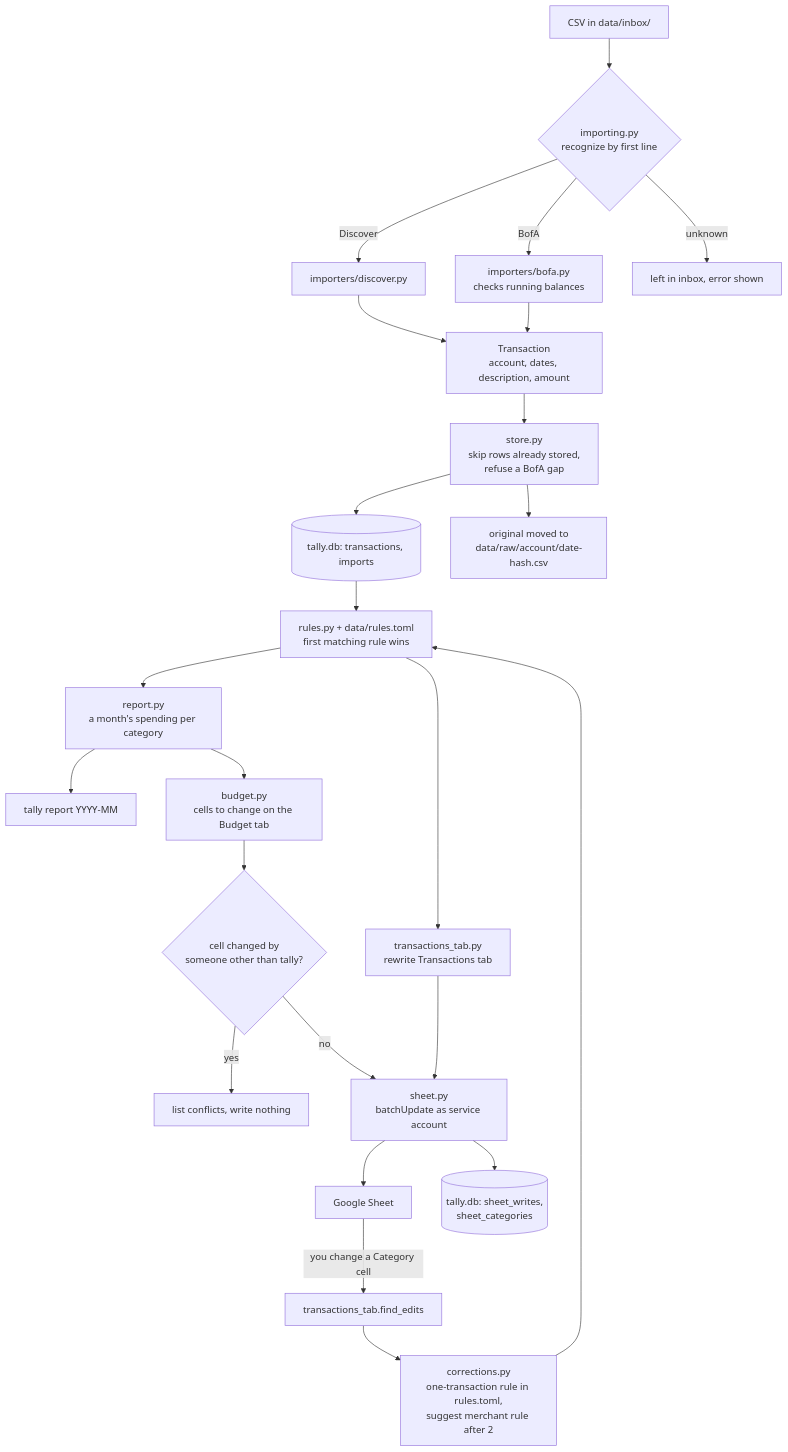
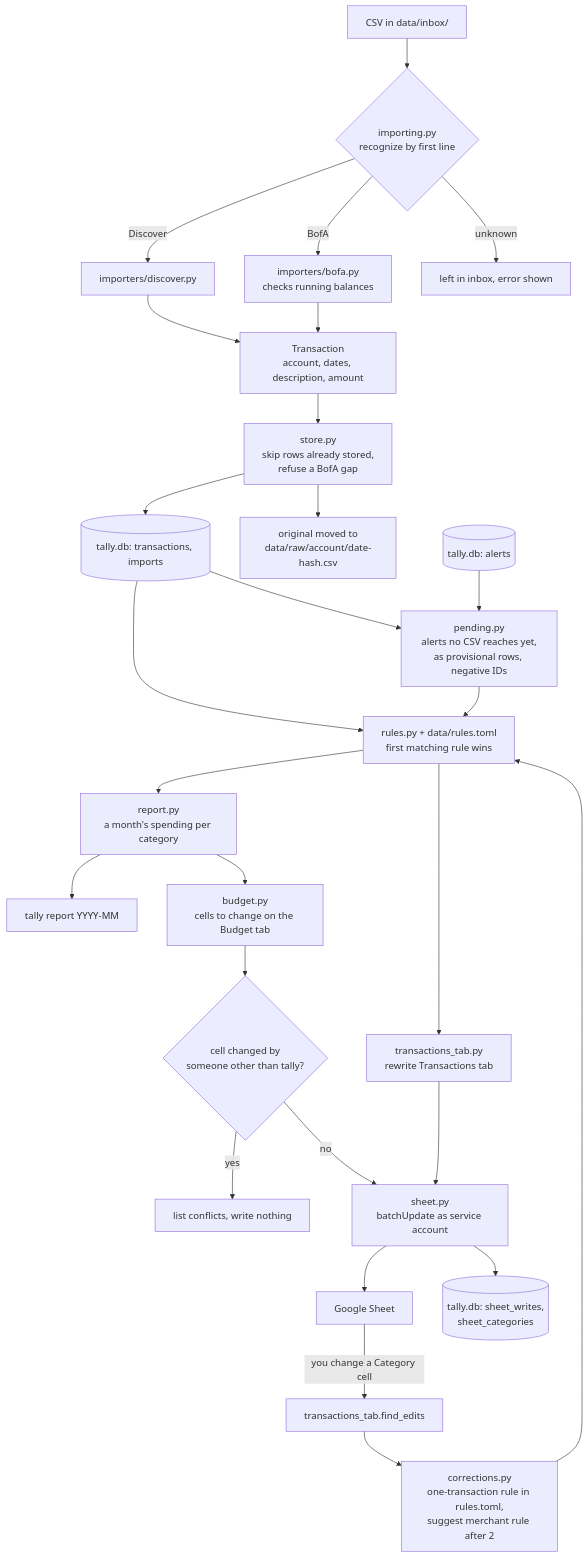
The third of 6 diagrams in docs/architecture.md (vmenon04/tally), drawn with Mermaid before and after one commit. The commit also changed other lines of this file and 9 other files, not shown here.

Commit message:
Count card alerts not yet in a bank export as pending in the report and on the Sheet

````diff
--- a/docs/architecture.md
+++ b/docs/architecture.md
@@ -117,29 +117,32 @@
 ```mermaid
 flowchart TD
     csv["CSV in data/inbox/"] --> recognize{"importing.py<br/>recognize by first line"}
     recognize -- "Discover" --> dparse["importers/discover.py"]
     recognize -- "BofA" --> bparse["importers/bofa.py<br/>checks running balances"]
     recognize -- "unknown" --> stay["left in inbox, error shown"]
     dparse --> txn["Transaction<br/>account, dates, description, amount"]
     bparse --> txn
     txn --> save["store.py<br/>skip rows already stored,<br/>refuse a BofA gap"]
     save --> db[("tally.db: transactions, imports")]
     save --> archive["original moved to<br/>data/raw/account/date-hash.csv"]
 
     db --> categorize["rules.py + data/rules.toml<br/>first matching rule wins"]
+    alerts_db[("tally.db: alerts")] --> waiting["pending.py<br/>alerts no CSV reaches yet,<br/>as provisional rows, negative IDs"]
+    db --> waiting
+    waiting --> categorize
     categorize --> rep["report.py<br/>a month's spending per category"]
     rep --> cli_report["tally report YYYY-MM"]
 
     rep --> plan["budget.py<br/>cells to change on the Budget tab"]
     plan --> conflicts{"cell changed by<br/>someone other than tally?"}
     conflicts -- "yes" --> stop["list conflicts, write nothing"]
     conflicts -- "no" --> write["sheet.py<br/>batchUpdate as service account"]
     categorize --> tab["transactions_tab.py<br/>rewrite Transactions tab"]
     tab --> write
     write --> gsheet["Google Sheet"]
     write --> record[("tally.db: sheet_writes,<br/>sheet_categories")]
 
     gsheet -- "you change a Category cell" --> edits["transactions_tab.find_edits"]
     edits --> corr["corrections.py<br/>one-transaction rule in rules.toml,<br/>suggest merchant rule after 2"]
     corr --> categorize
 ```
````
